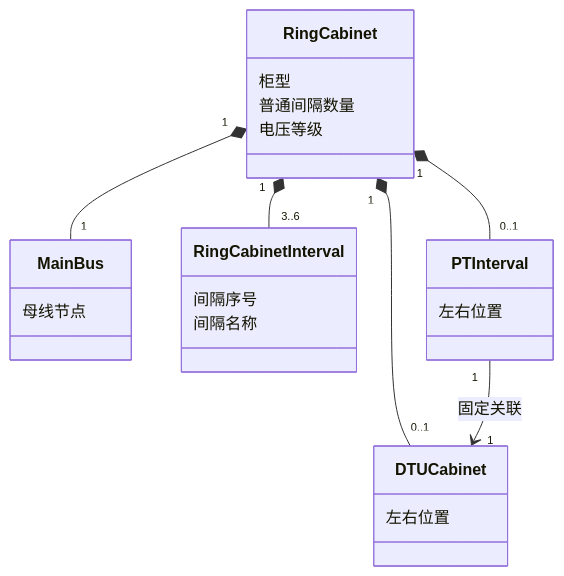
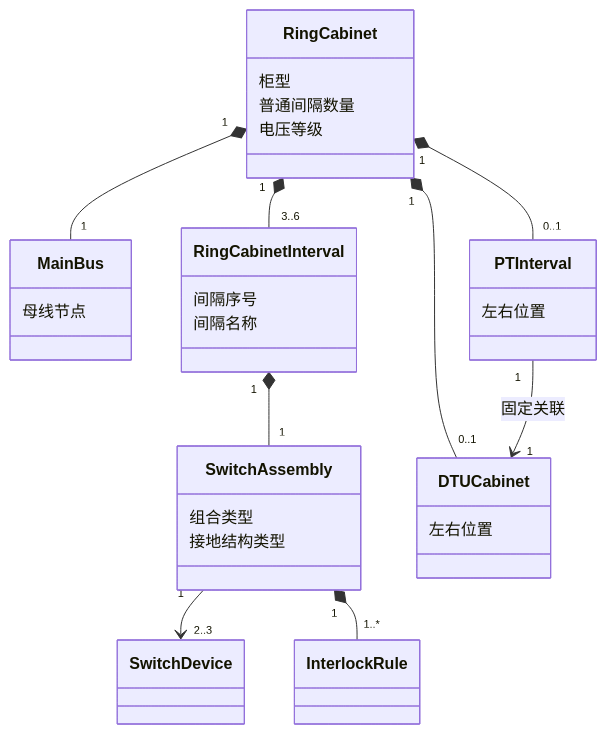
The first of 3 diagrams in docs/ring-cabinet-design.md (DamoclesJ/10kV-Distribution-Drawing), drawn with Mermaid before and after one commit. The commit also changed other lines of this file and 2 other files, not shown here.

Commit message:
Add switch assembly and interlock design model

````diff
--- a/docs/ring-cabinet-design.md
+++ b/docs/ring-cabinet-design.md
@@ -72,27 +77,36 @@
 ```mermaid
 classDiagram
     class RingCabinet {
         柜型
         普通间隔数量
         电压等级
     }
     class MainBus {
         母线节点
     }
     class RingCabinetInterval {
         间隔序号
         间隔名称
     }
+    class SwitchAssembly {
+        组合类型
+        接地结构类型
+    }
+    class SwitchDevice
+    class InterlockRule
     class PTInterval {
         左右位置
     }
     class DTUCabinet {
         左右位置
     }
 
     RingCabinet "1" *-- "1" MainBus
     RingCabinet "1" *-- "3..6" RingCabinetInterval
+    RingCabinetInterval "1" *-- "1" SwitchAssembly
+    SwitchAssembly "1" --> "2..3" SwitchDevice
+    SwitchAssembly "1" *-- "1..*" InterlockRule
     RingCabinet "1" *-- "0..1" PTInterval
     RingCabinet "1" *-- "0..1" DTUCabinet
     PTInterval "1" --> "1" DTUCabinet : 固定关联
 ```
````
